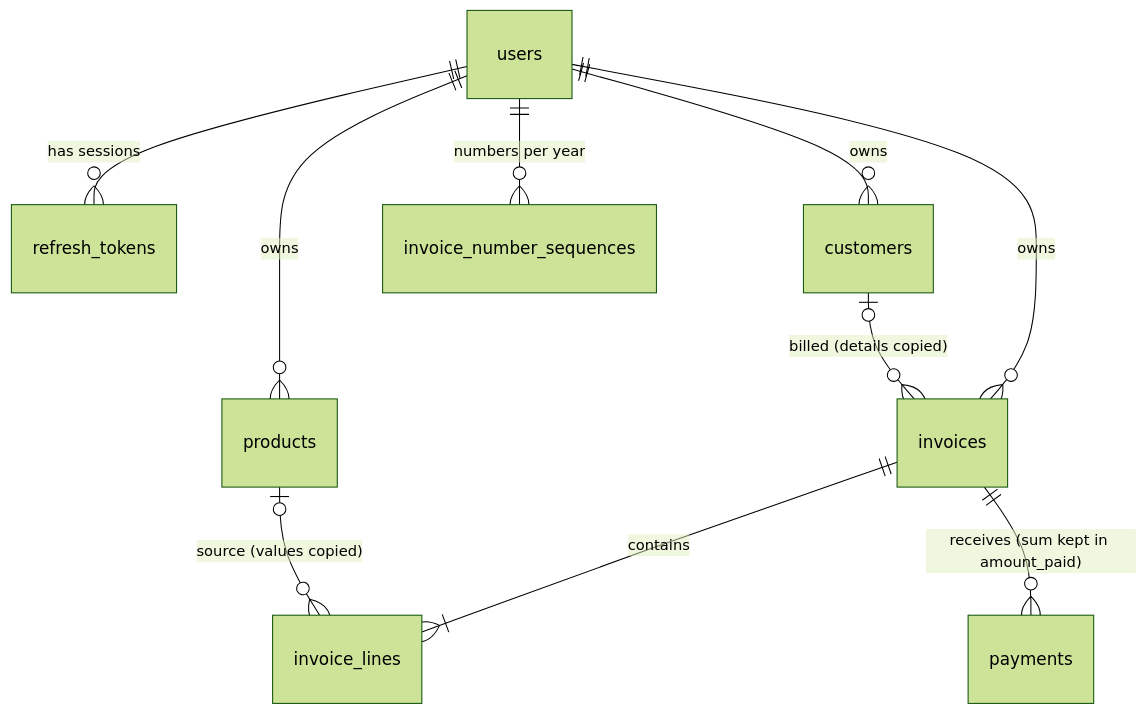
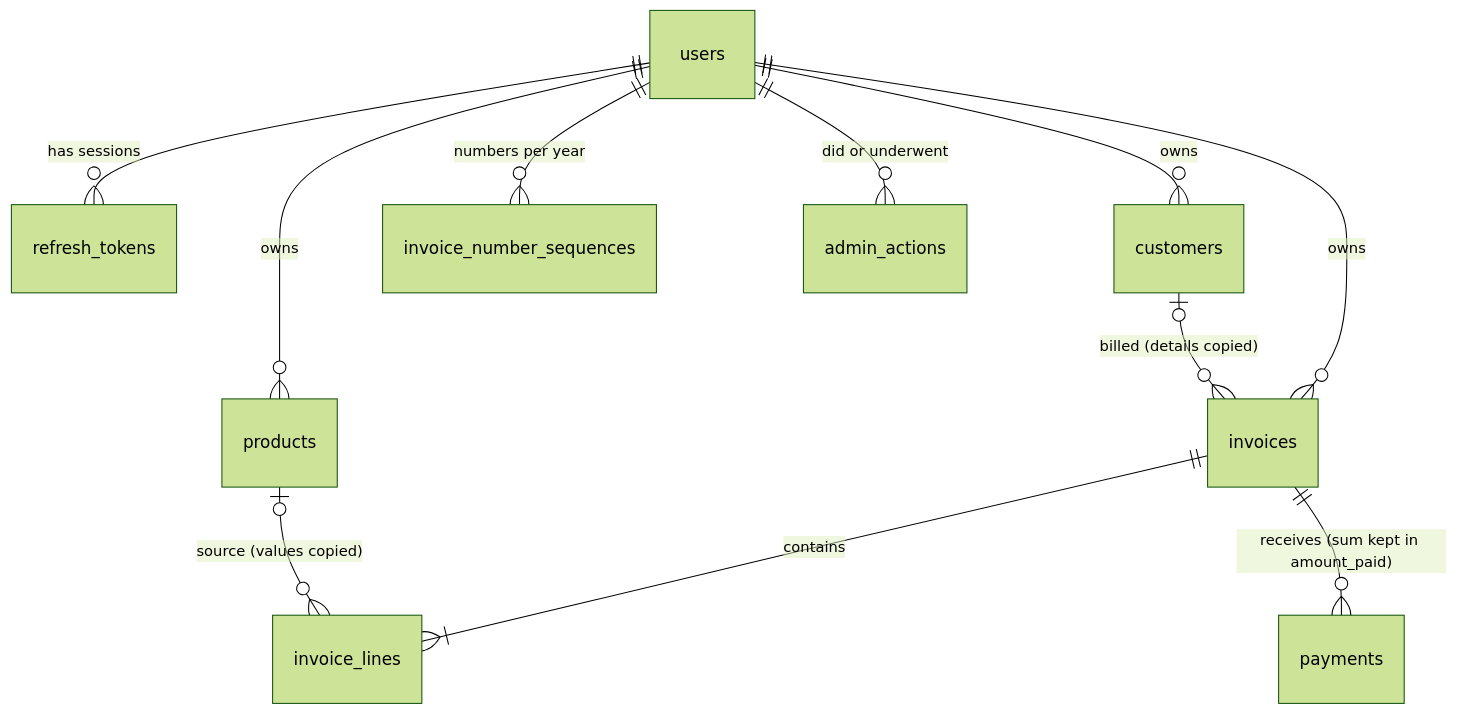
One commit to BrahimNJ/InvoiceFlow changed the third of 3 diagrams in docs/architecture.md. Above: the diagram before and after it, drawn with Mermaid (forest theme). The commit also changed other lines of this file, not shown here.

First line of the commit message:
docs(architecture): describe the admin module, its table and screens

````diff
--- a/docs/architecture.md
+++ b/docs/architecture.md
@@ -83,12 +84,13 @@
 ```mermaid
 erDiagram
     users ||--o{ refresh_tokens : "has sessions"
     users ||--o{ customers : owns
     users ||--o{ products : owns
     users ||--o{ invoices : owns
     users ||--o{ invoice_number_sequences : "numbers per year"
     customers |o--o{ invoices : "billed (details copied)"
     invoices ||--|{ invoice_lines : contains
     products |o--o{ invoice_lines : "source (values copied)"
     invoices ||--o{ payments : "receives (sum kept in amount_paid)"
+    users ||--o{ admin_actions : "did or underwent"
 ```
````
